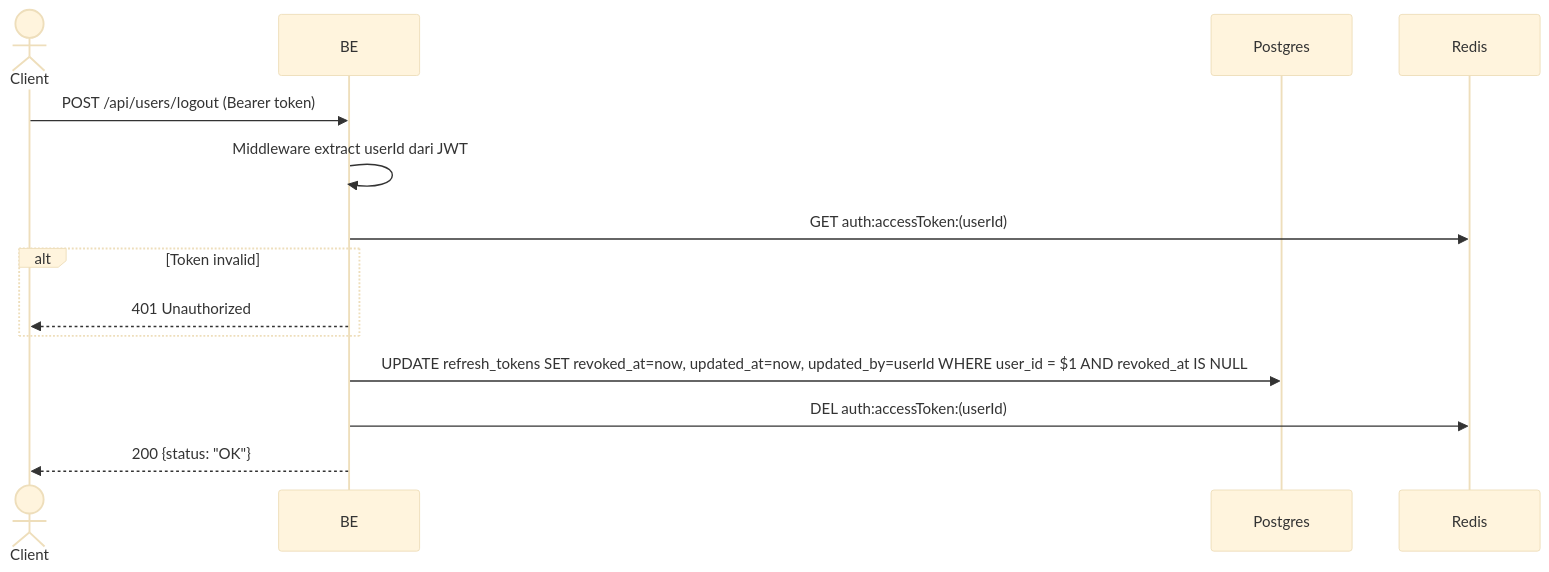
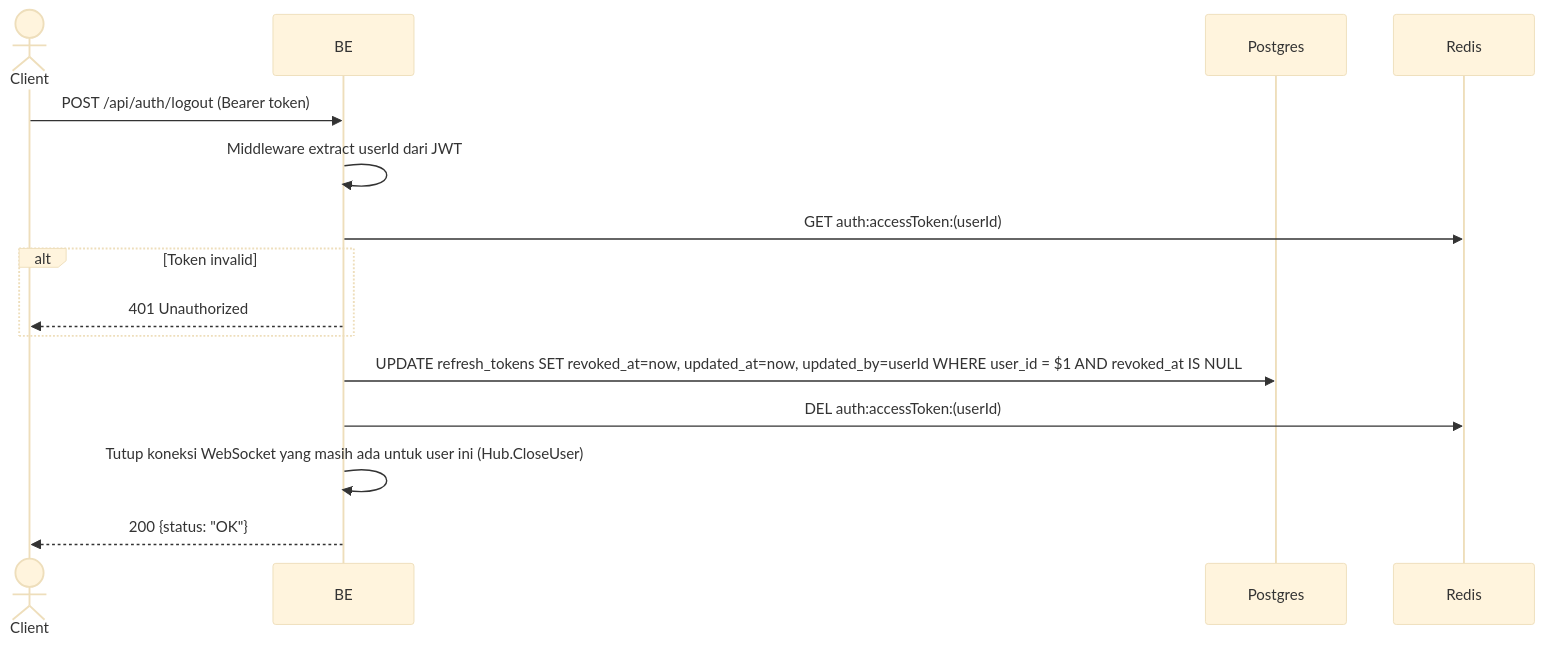
The diagram in docs/flows/id/logout.md (ferdian3456/virdanproject), drawn with Mermaid (base theme) before and after one commit. The commit also changed other lines of this file and 67 other files, not shown here.

First line of the commit message:
Audit and fix API flow docs; add missing Payment/Chat documentation (#42)

````diff
--- a/docs/flows/id/logout.md
+++ b/docs/flows/id/logout.md
@@ -13,17 +13,18 @@
 ```mermaid
 sequenceDiagram
     actor Client
     participant BE
     participant Postgres
     participant Redis
 
-    Client->>BE: POST /api/users/logout (Bearer token)
+    Client->>BE: POST /api/auth/logout (Bearer token)
     BE->>BE: Middleware extract userId dari JWT
     BE->>Redis: GET auth:accessToken:(userId)
     alt Token invalid
         BE-->>Client: 401 Unauthorized
     end
     BE->>Postgres: UPDATE refresh_tokens SET revoked_at=now, updated_at=now, updated_by=userId WHERE user_id = $1 AND revoked_at IS NULL
     BE->>Redis: DEL auth:accessToken:(userId)
+    BE->>BE: Tutup koneksi WebSocket yang masih ada untuk user ini (Hub.CloseUser)
     BE-->>Client: 200 {status: "OK"}
 ```
````
